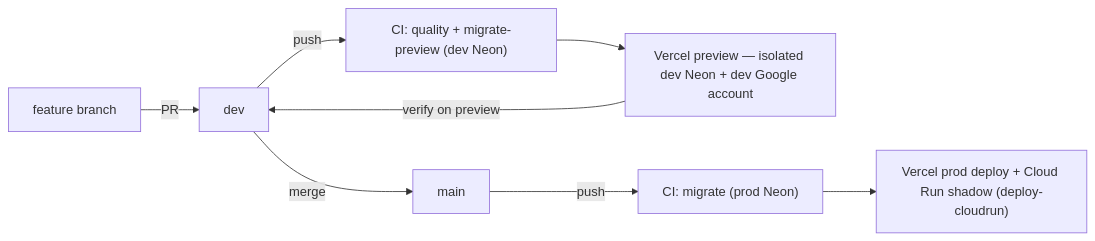
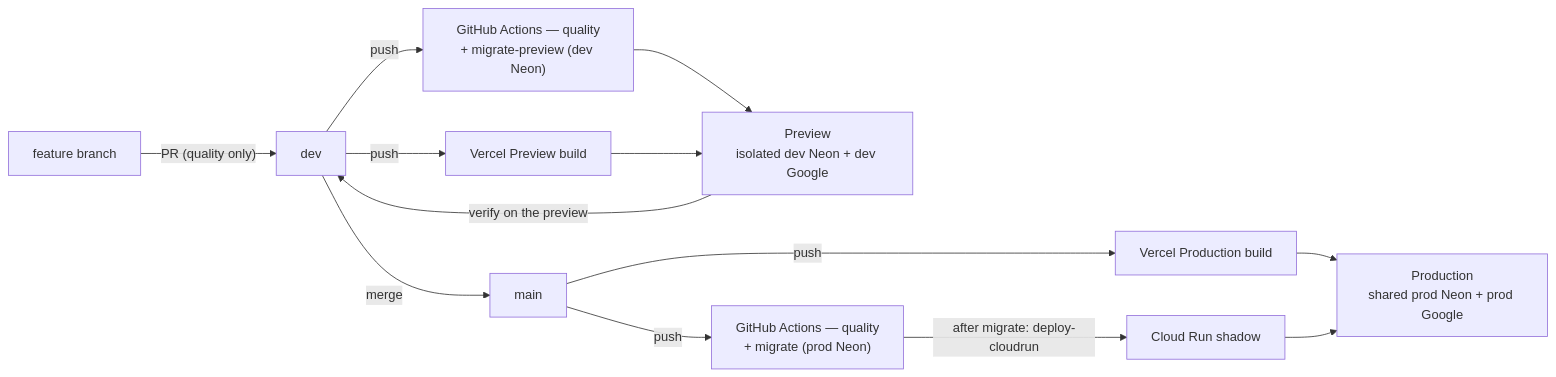
Before and after one commit to oncloudnintynineone-source/cloudy2: the second of 3 diagrams in docs/developer-guide.md, drawn with Mermaid. The commit also changed other lines of this file and 4 other files, not shown here.

Commit message:
docs: dev-ops overview diagrams in README; sync CI/hosting docs with ci.yml

````diff
--- a/docs/developer-guide.md
+++ b/docs/developer-guide.md
@@ -172,10 +178,13 @@
 ```mermaid
 flowchart LR
-    A[feature branch] -- PR --> B[dev]
-    B -- push --> C["CI: quality + migrate-preview (dev Neon)"]
-    C --> D["Vercel preview — isolated dev Neon + dev Google account"]
-    D -- verify on preview --> B
-    B -- merge --> E[main]
-    E -- push --> F["CI: migrate (prod Neon)"]
-    F --> G["Vercel prod deploy + Cloud Run shadow (deploy-cloudrun)"]
+    FB[feature branch] -- "PR (quality only)" --> DEV[dev]
+    DEV -- "push" --> A1["GitHub Actions — quality<br/>+ migrate-preview (dev Neon)"]
+    DEV -- "push" --> V1["Vercel Preview build"]
+    A1 & V1 --> PREV["Preview<br/>isolated dev Neon + dev Google"]
+    PREV -- "verify on the preview" --> DEV
+    DEV -- "merge" --> MAIN[main]
+    MAIN -- "push" --> A2["GitHub Actions — quality<br/>+ migrate (prod Neon)"]
+    MAIN -- "push" --> V2["Vercel Production build"]
+    A2 -- "after migrate: deploy-cloudrun" --> CR["Cloud Run shadow"]
+    V2 & CR --> P["Production<br/>shared prod Neon + prod Google"]
 ```
````
